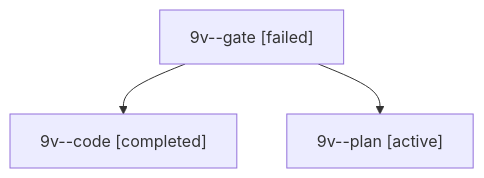
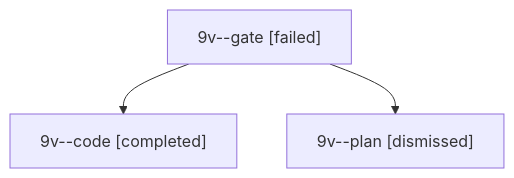
The diagram in sessions/bbugyi200.apollo.9v.md (bobs-org/bob-cli--agents), drawn with Mermaid before and after one commit. The commit also changed other lines of this file and 15 other files, not shown here.

````diff
--- a/sessions/bbugyi200.apollo.9v.md
+++ b/sessions/bbugyi200.apollo.9v.md
@@ -9,8 +9,8 @@
 ```mermaid
 flowchart TD
   n0["9v--gate [failed]"]
   n1["9v--code [completed]"]
   n0 --> n1
-  n2["9v--plan [active]"]
+  n2["9v--plan [dismissed]"]
   n0 --> n2
 ```
````
